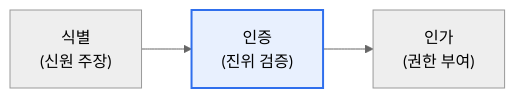
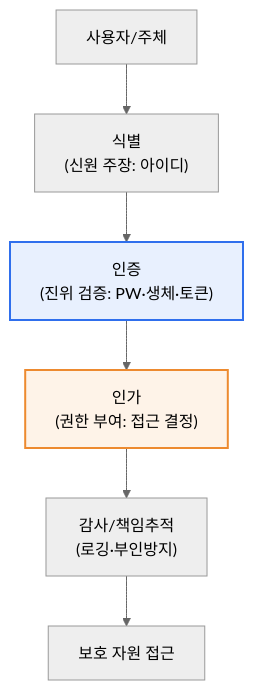
Before and after one commit to coninggu/wjdqhrhksflrltnftk: the first of 2 diagrams in content/identification-authentication.md, drawn with Mermaid (neutral theme). The commit also changed other lines of this file and 3 other files, not shown here.

````diff
--- a/content/identification-authentication.md
+++ b/content/identification-authentication.md
@@ -21,5 +37,10 @@
 ```mermaid
-flowchart LR
-  I["식별<br/>(신원 주장)"] --> A["인증<br/>(진위 검증)"] --> Z["인가<br/>(권한 부여)"]
-  style A fill:#e8f0fe,stroke:#2f6fed,stroke-width:2px
+flowchart TB
+  U[사용자/주체] --> ID["식별<br/>(신원 주장: 아이디)"]
+  ID --> AU["인증<br/>(진위 검증: PW·생체·토큰)"]
+  AU --> AZ["인가<br/>(권한 부여: 접근 결정)"]
+  AZ --> AC["감사/책임추적<br/>(로깅·부인방지)"]
+  AC --> R[보호 자원 접근]
+  style AU fill:#e8f0fe,stroke:#2f6fed,stroke-width:2px
+  style AZ fill:#fef3e8,stroke:#ed8a2f,stroke-width:2px
 ```
````
